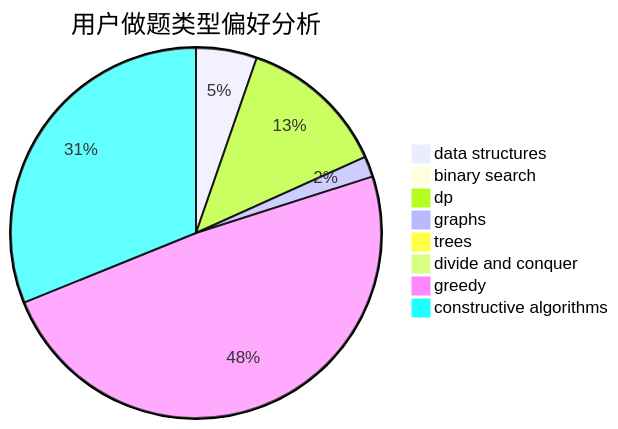
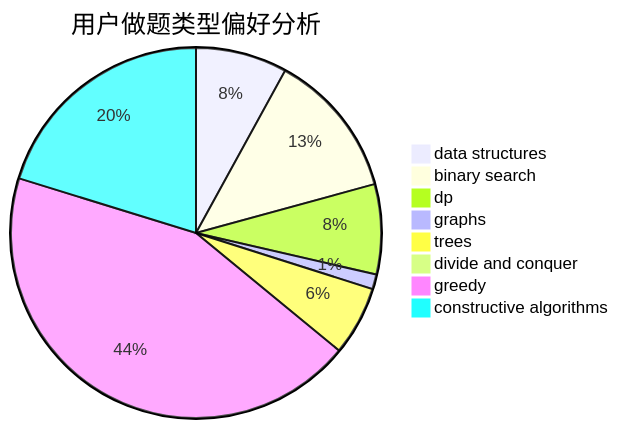
Before and after one commit to sherpahu/cfrs.github.io: the second of 3 diagrams in docs/user/u1126.md, drawn with Mermaid. The commit also changed other lines of this file and 2770 other files, not shown here.

````diff
--- a/docs/user/u1126.md
+++ b/docs/user/u1126.md
@@ -23,11 +23,11 @@
 ```mermaid
 pie title 用户做题类型偏好分析
-    "data structures" :  100
-    "binary search" :  9
-    "dp" :  244
-    "graphs" :  34
-    "trees" :  7
-    "divide and conquer" :  4
-    "greedy" :  919
-    "constructive algorithms" :  586
+    "data structures" :  62
+    "binary search" :  99
+    "dp" :  61
+    "graphs" :  10
+    "trees" :  47
+    "divide and conquer" :  0
+    "greedy" :  340
+    "constructive algorithms" :  157
 ```
````
